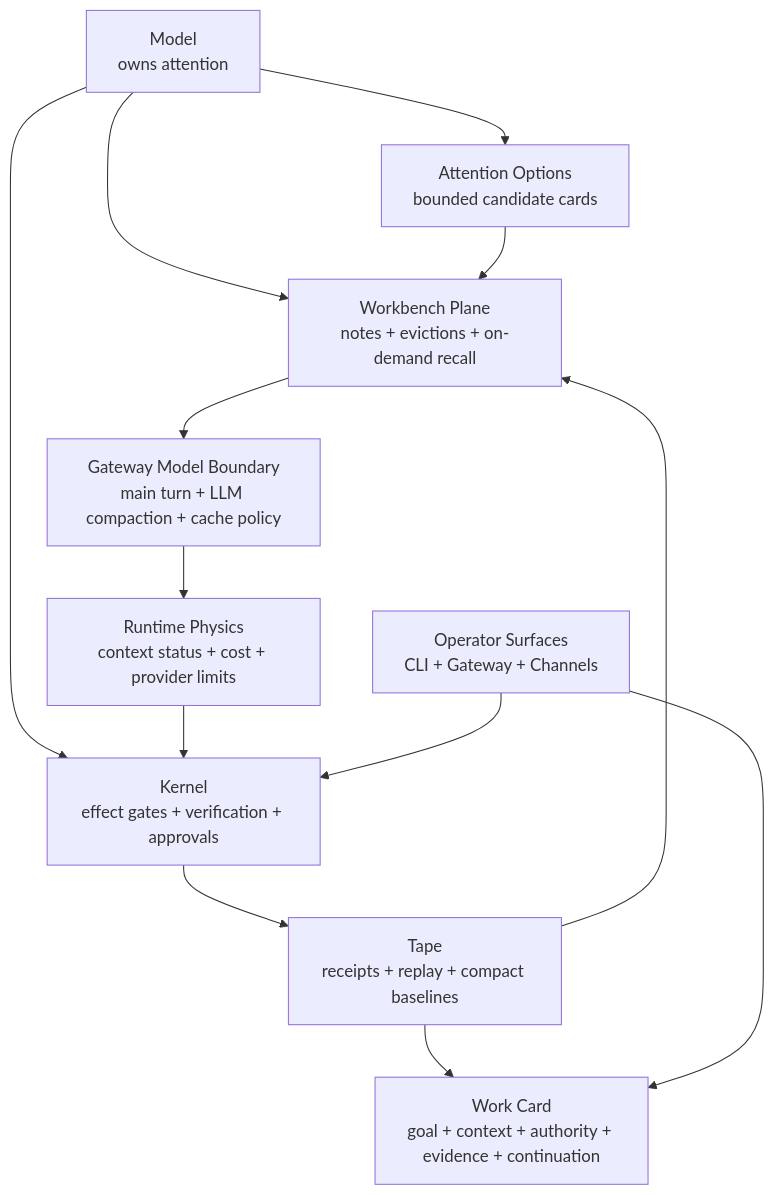
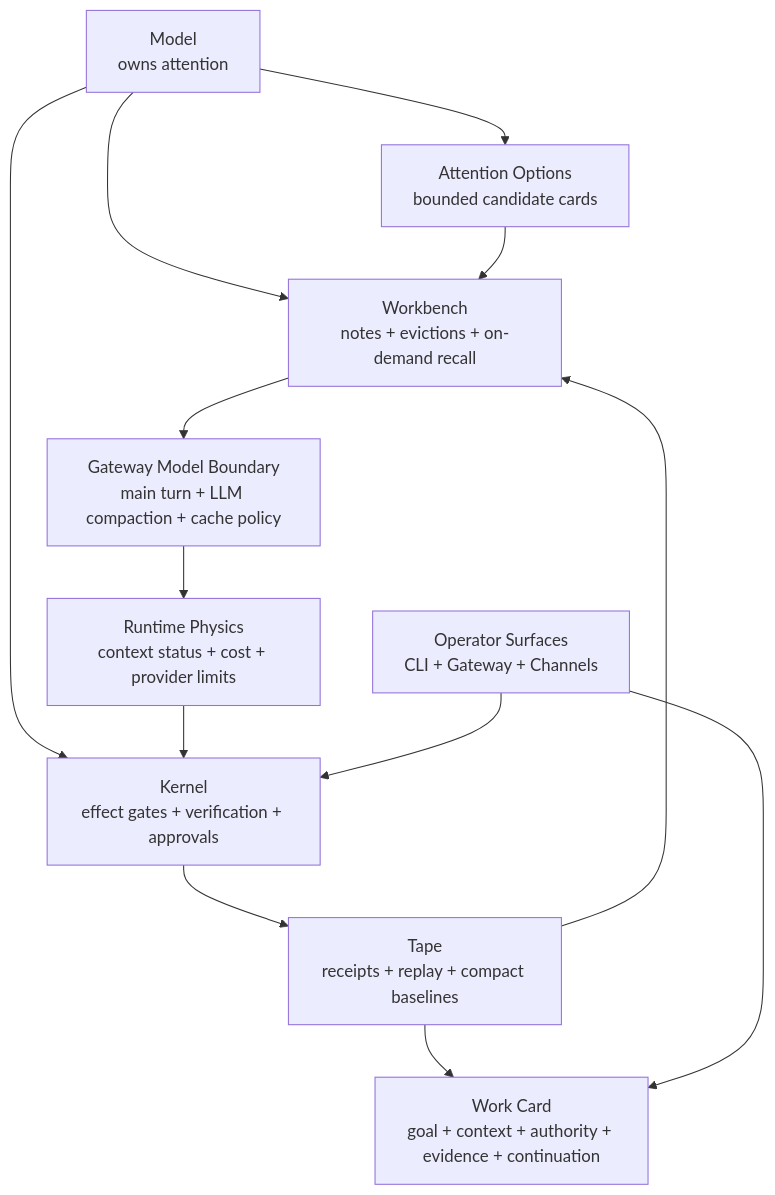
One commit to arcthur/brewva changed the diagram in README.md. Above: the diagram before and after it, drawn with Mermaid. The commit also changed 62 other files, not shown here.

````diff
--- a/README.md
+++ b/README.md
@@ -45,25 +45,25 @@
 ```mermaid
 flowchart TD
   MODEL["Model<br/>owns attention"]
-  WORKBENCH["Workbench Plane<br/>notes + evictions + on-demand recall"]
+  WORKBENCH["Workbench<br/>notes + evictions + on-demand recall"]
   OPTIONS["Attention Options<br/>bounded candidate cards"]
   WORKCARD["Work Card<br/>goal + context + authority + evidence + continuation"]
   GATEWAY["Gateway Model Boundary<br/>main turn + LLM compaction + cache policy"]
   PHYSICS["Runtime Physics<br/>context status + cost + provider limits"]
   KERNEL["Kernel<br/>effect gates + verification + approvals"]
   TAPE["Tape<br/>receipts + replay + compact baselines"]
   OPERATOR["Operator Surfaces<br/>CLI + Gateway + Channels"]
 
   MODEL --> WORKBENCH
   MODEL --> OPTIONS
   WORKBENCH --> GATEWAY
   OPTIONS --> WORKBENCH
   GATEWAY --> PHYSICS
   MODEL --> KERNEL
   PHYSICS --> KERNEL
   KERNEL --> TAPE
   TAPE --> WORKBENCH
   TAPE --> WORKCARD
   OPERATOR --> KERNEL
   OPERATOR --> WORKCARD
 ```
````
